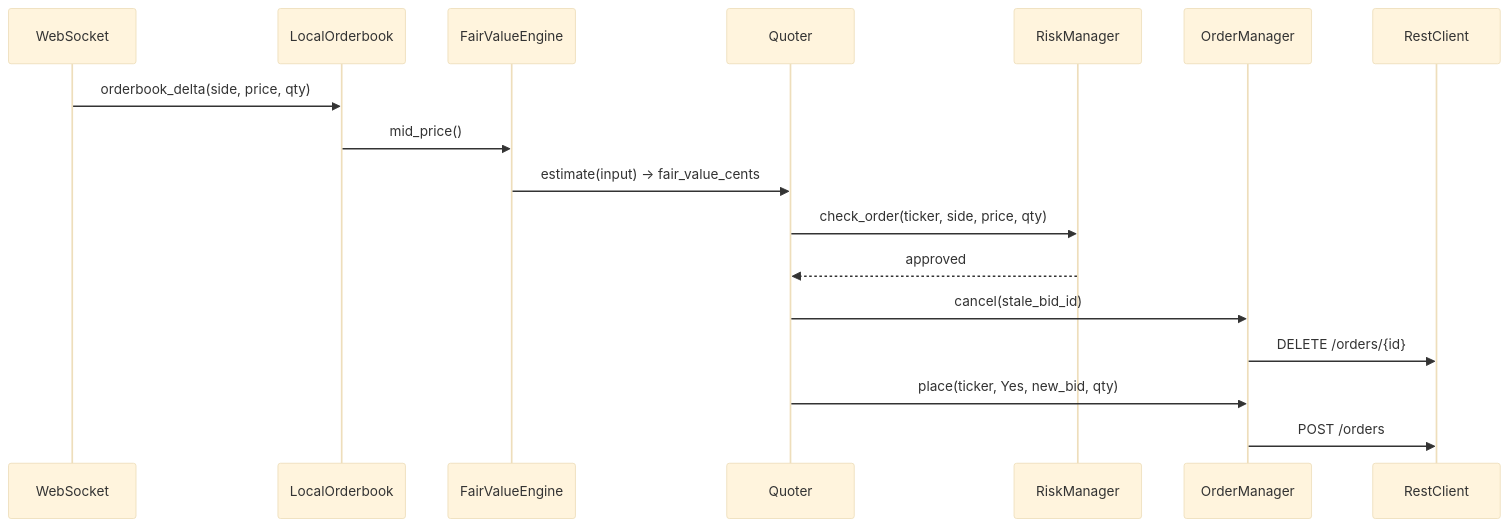
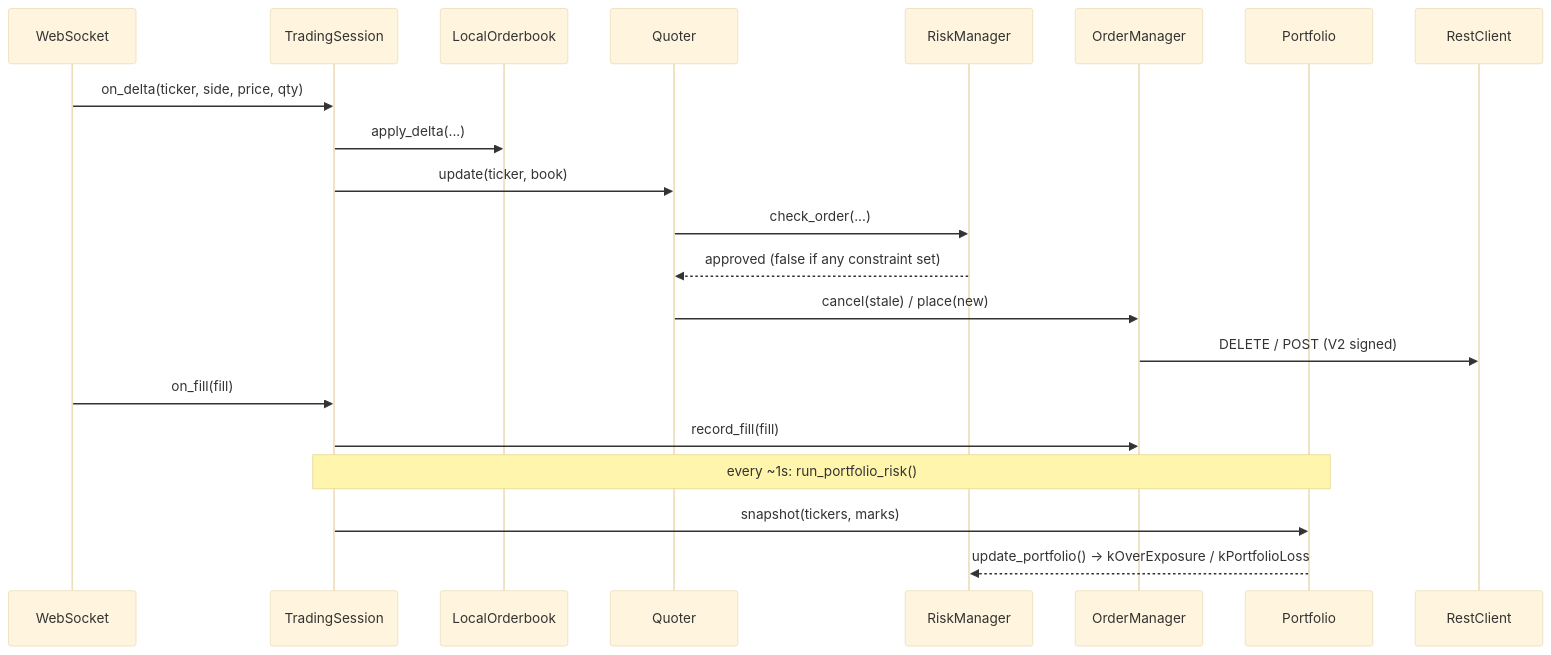
Before and after one commit to jfreun123/kalshi-market-maker: the diagram in docs/architecture.md, drawn with Mermaid (base theme). The commit also changed other lines of this file and 5 other files, not shown here.

Commit message:
docs: reflect TradingSession, portfolio halt, integration testing, capture, UAT findings

````diff
--- a/docs/architecture.md
+++ b/docs/architecture.md
@@ -5,20 +9,24 @@
 ```mermaid
 sequenceDiagram
     participant WS as WebSocket
+    participant SESS as TradingSession
     participant OB as LocalOrderbook
-    participant FV as FairValueEngine
     participant QE as Quoter
     participant RM as RiskManager
     participant OM as OrderManager
+    participant PF as Portfolio
     participant REST as RestClient
 
-    WS->>OB: orderbook_delta(side, price, qty)
-    OB->>FV: mid_price()
-    FV->>QE: estimate(input) → fair_value_cents
-    QE->>RM: check_order(ticker, side, price, qty)
-    RM-->>QE: approved
-    QE->>OM: cancel(stale_bid_id)
-    OM->>REST: DELETE /orders/{id}
-    QE->>OM: place(ticker, Yes, new_bid, qty)
-    OM->>REST: POST /orders
+    WS->>SESS: on_delta(ticker, side, price, qty)
+    SESS->>OB: apply_delta(...)
+    SESS->>QE: update(ticker, book)
+    QE->>RM: check_order(...)
+    RM-->>QE: approved (false if any constraint set)
+    QE->>OM: cancel(stale) / place(new)
+    OM->>REST: DELETE / POST (V2 signed)
+    WS->>SESS: on_fill(fill)
+    SESS->>OM: record_fill(fill)
+    Note over SESS,PF: every ~1s: run_portfolio_risk()
+    SESS->>PF: snapshot(tickers, marks)
+    PF-->>RM: update_portfolio() → kOverExposure / kPortfolioLoss
 ```
````
